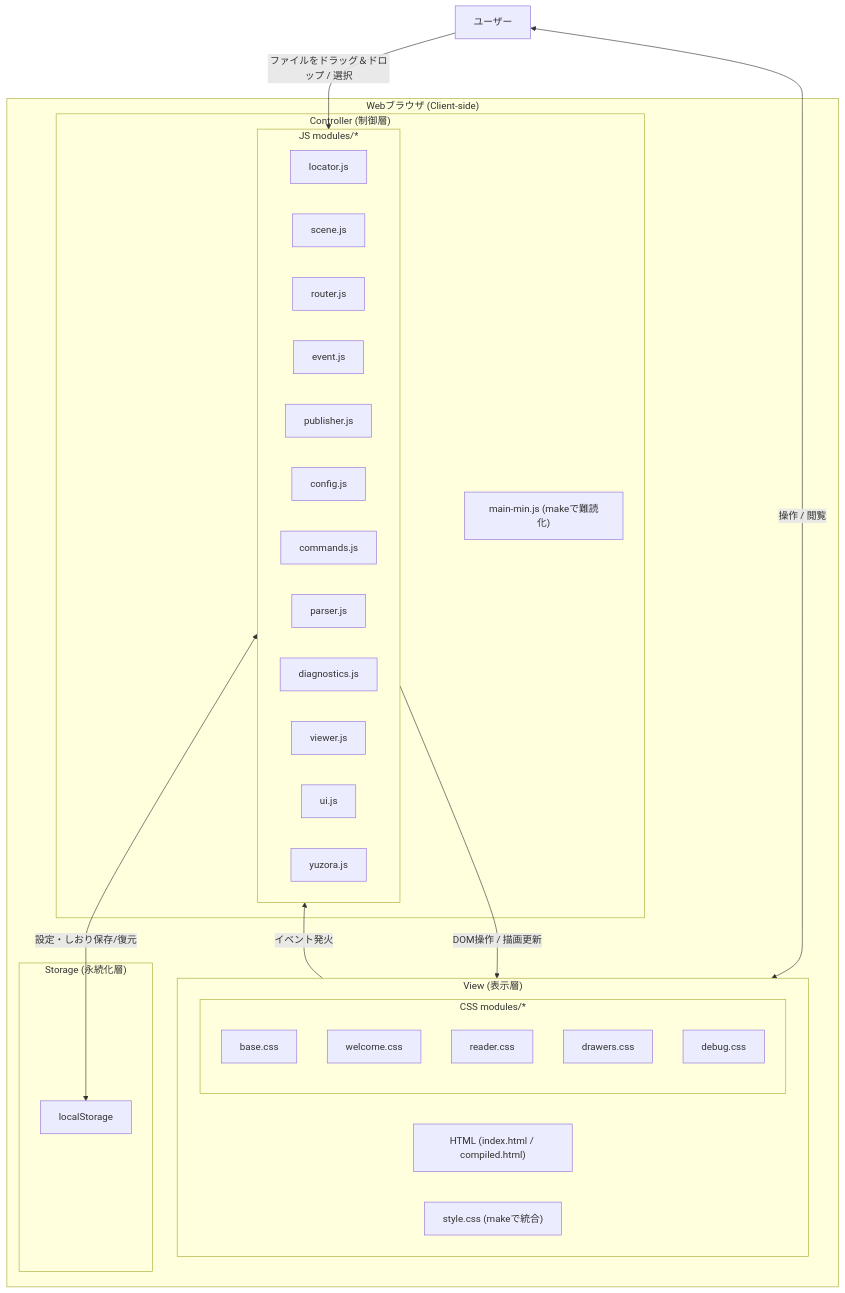
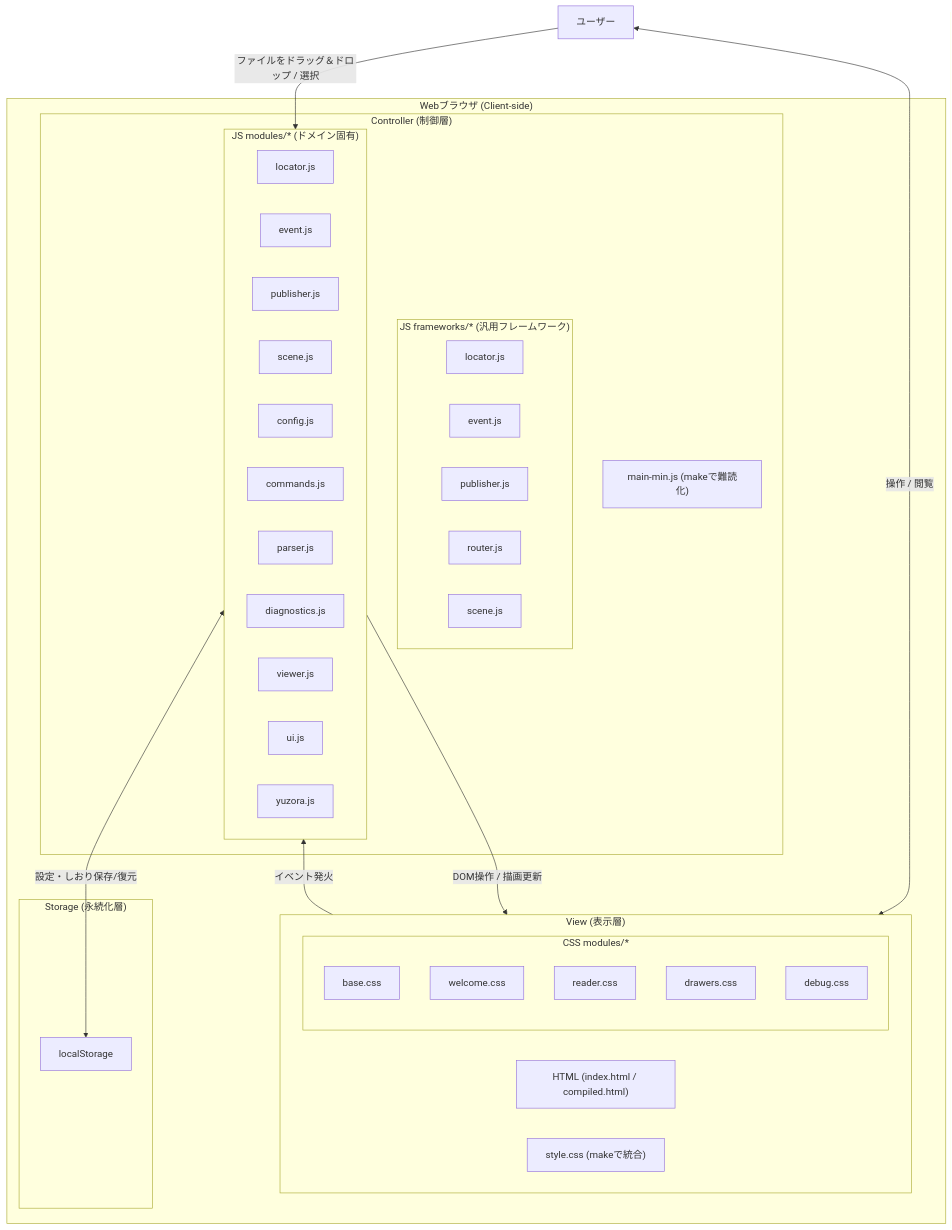
Before and after one commit to rokujyouhitoma/yuzora: the first of 4 diagrams in docs/DSN-01-high_level_design.md, drawn with Mermaid. The commit also changed other lines of this file and 23 other files, not shown here.

````diff
--- a/docs/DSN-01-high_level_design.md
+++ b/docs/DSN-01-high_level_design.md
@@ -13,44 +13,50 @@
 ```mermaid
 graph TD
     subgraph Browser["Webブラウザ (Client-side)"]
         subgraph View["View (表示層)"]
             HTML["HTML (index.html / compiled.html)"]
             subgraph CSSModules["CSS modules/*"]
                 CSS_Base["base.css"]
                 CSS_Welcome["welcome.css"]
                 CSS_Reader["reader.css"]
                 CSS_Drawers["drawers.css"]
                 CSS_Debug["debug.css"]
             end
             CSS_Bundle["style.css (makeで統合)"]
         end
         
         subgraph Controller["Controller (制御層)"]
-            subgraph JSModules["JS modules/*"]
+            subgraph JSFrameworks["JS frameworks/* (汎用フレームワーク)"]
+                JS_F_Locator["locator.js"]
+                JS_F_Event["event.js"]
+                JS_F_Publisher["publisher.js"]
+                JS_F_Router["router.js"]
+                JS_F_Scene["scene.js"]
+            end
+            subgraph JSModules["JS modules/* (ドメイン固有)"]
                 JS_Locator["locator.js"]
-                JS_Scene["scene.js"]
-                JS_Router["router.js"]
                 JS_Event["event.js"]
                 JS_Publisher["publisher.js"]
+                JS_Scene["scene.js"]
                 JS_Config["config.js"]
                 JS_Cmds["commands.js"]
                 JS_Parser["parser.js"]
                 JS_Diag["diagnostics.js"]
                 JS_Viewer["viewer.js"]
                 JS_UI["ui.js"]
                 JS_Yuzora["yuzora.js"]
             end
             JS_Bundle["main-min.js (makeで難読化)"]
         end
         
         subgraph Storage["Storage (永続化層)"]
             LocalStorage["localStorage"]
         end
     end
     
     User["ユーザー"] <-->|"操作 / 閲覧"| View
     View -->|"イベント発火"| JSModules
     JSModules -->|"DOM操作 / 描画更新"| View
     JSModules <-->|"設定・しおり保存/復元"| LocalStorage
     User -->|"ファイルをドラッグ＆ドロップ / 選択"| JSModules
 ```
````
